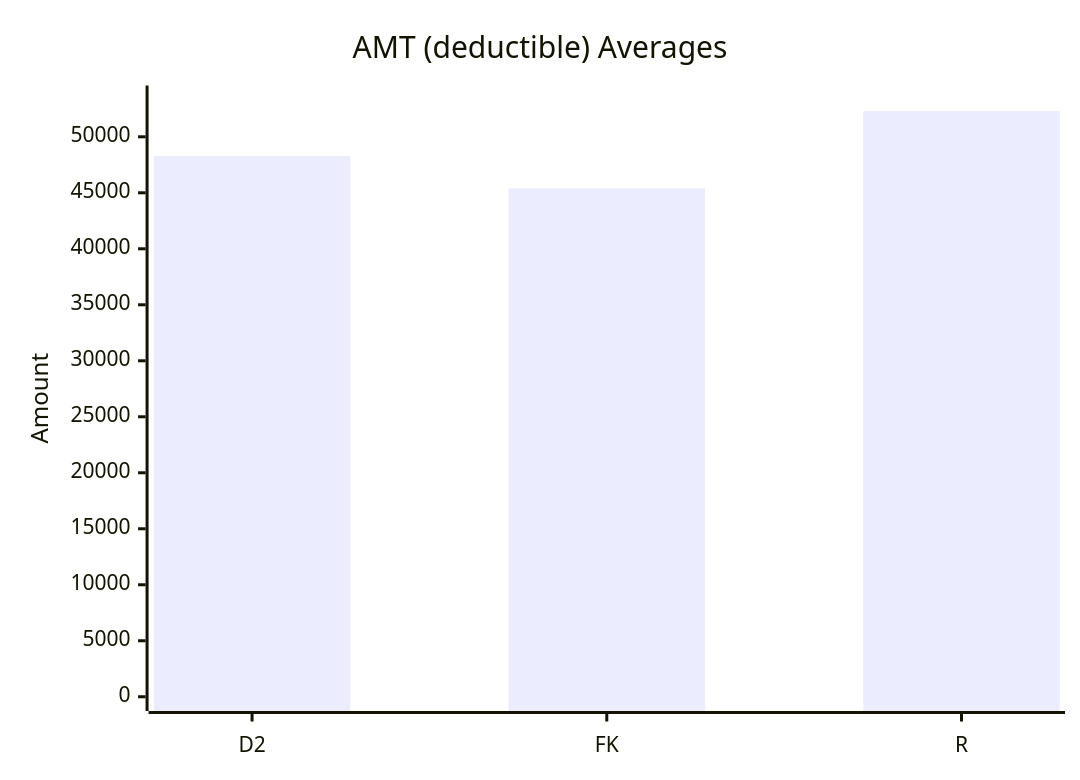
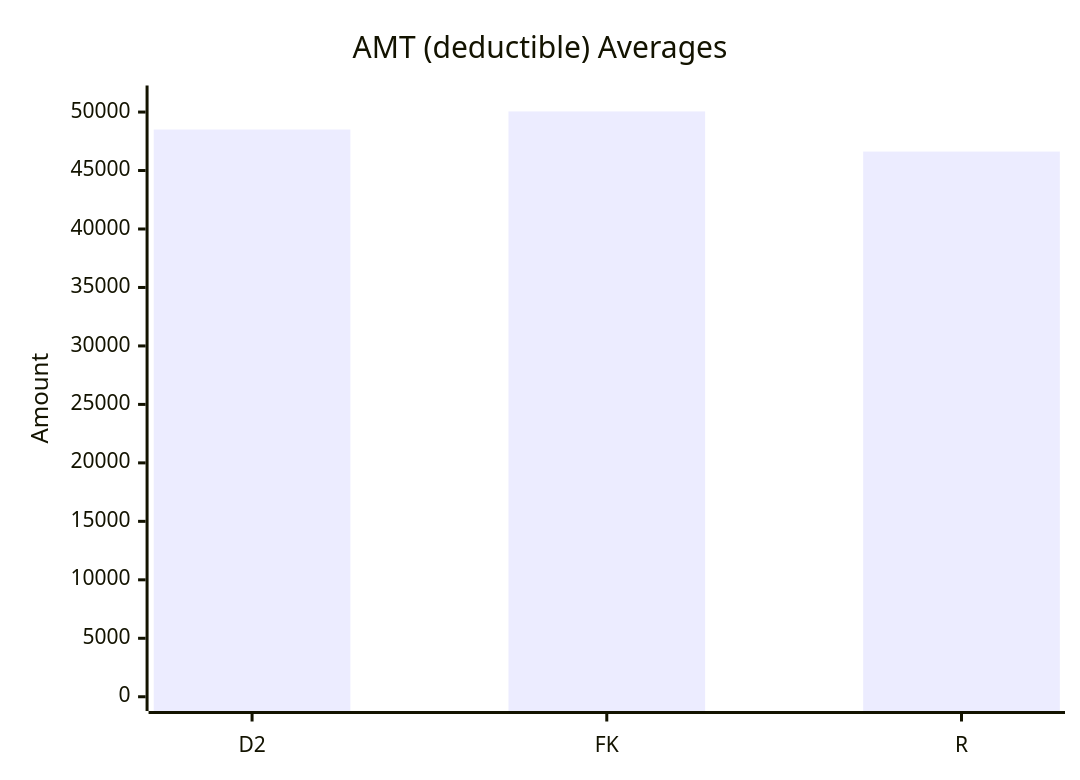
The ninth of 10 diagrams in test-tools/DataGen/src/Statistics_Visualizer.md (dhagan-va/intern-2025), drawn with Mermaid before and after one commit. The commit also changed other lines of this file and 3 other files, not shown here.

````diff
--- a/test-tools/DataGen/src/Statistics_Visualizer.md
+++ b/test-tools/DataGen/src/Statistics_Visualizer.md
@@ -96,7 +96,7 @@
 ```mermaid
 xychart-beta
     title "AMT (deductible) Averages"
     x-axis ["D2", "FK", "R"]
-    y-axis "Amount" 0 --> 53308.04039603961
-    bar [48285.03960396042, 45396.09029702971, 52308.04039603961]
+    y-axis "Amount" 0 --> 51052.58346534653
+    bar [48506.10663366336, 50052.58346534653, 46622.208415841575]
 ```
````
